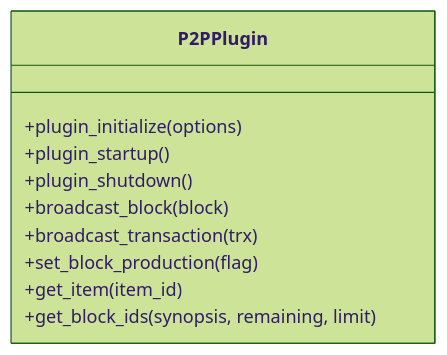
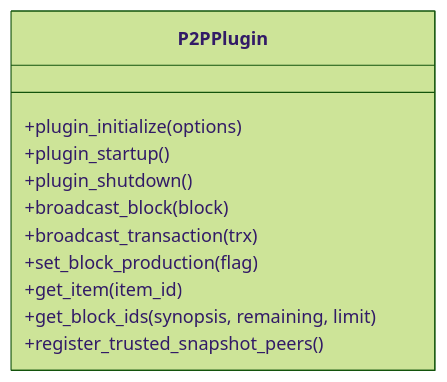
The eighth of 20 diagrams in .qoder/repowiki/en/content/Plugin System/Plugin System.md (VIZ-Blockchain/viz-cpp-node), drawn with Mermaid (forest theme) before and after one commit. The commit also changed other lines of this file and 5 other files, not shown here.

````diff
--- a/.qoder/repowiki/en/content/Plugin System/Plugin System.md
+++ b/.qoder/repowiki/en/content/Plugin System/Plugin System.md
@@ -273,13 +287,14 @@
 ```mermaid
 classDiagram
 class P2PPlugin {
 +plugin_initialize(options)
 +plugin_startup()
 +plugin_shutdown()
 +broadcast_block(block)
 +broadcast_transaction(trx)
 +set_block_production(flag)
 +get_item(item_id)
 +get_block_ids(synopsis, remaining, limit)
++register_trusted_snapshot_peers()
 }
 ```
````
